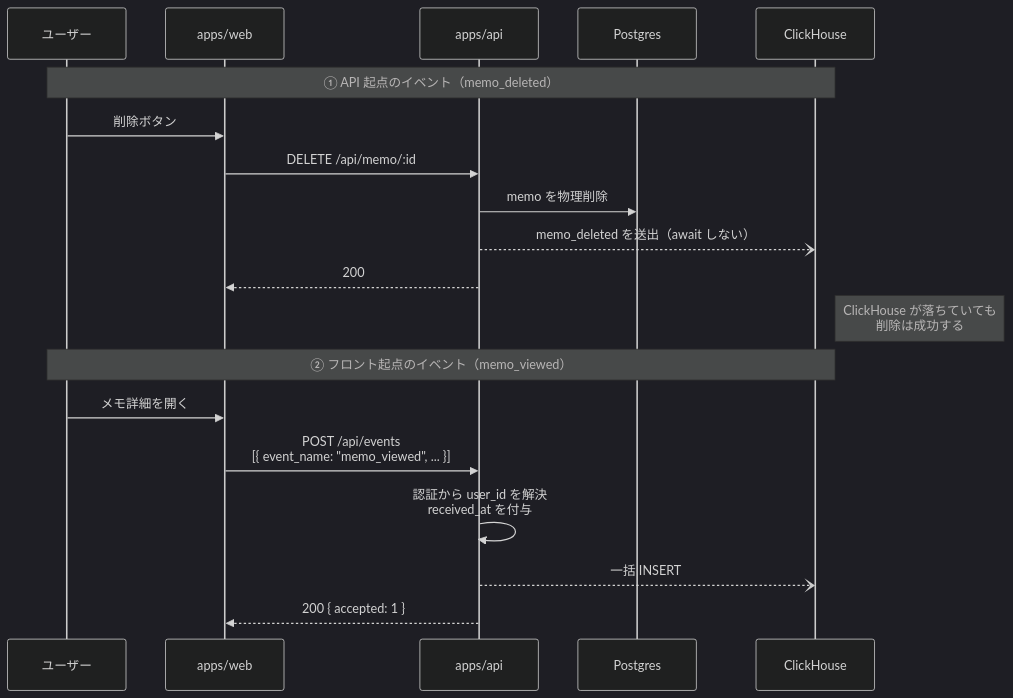
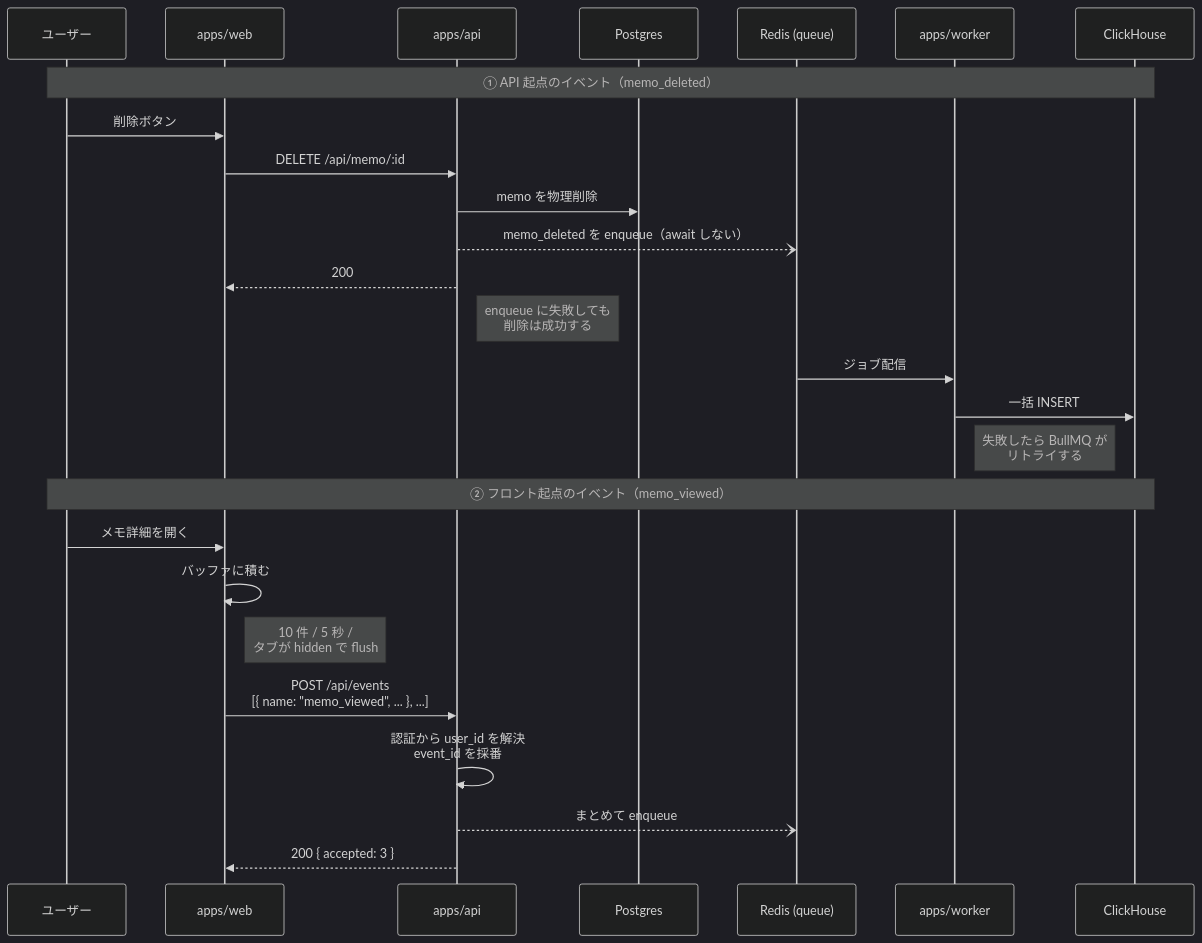
One commit to kentakki416/project-template changed the third of 3 diagrams in docs/spec/user-behavior-events/README.md. Above: the diagram before and after it, drawn with Mermaid (dark theme). The commit also changed other lines of this file and 7 other files, not shown here.

````diff
--- a/docs/spec/user-behavior-events/README.md
+++ b/docs/spec/user-behavior-events/README.md
@@ -218,23 +253,30 @@
 ```mermaid
 sequenceDiagram
     participant U as ユーザー
     participant W as apps/web
     participant A as apps/api
     participant P as Postgres
+    participant Q as Redis (queue)
+    participant K as apps/worker
     participant C as ClickHouse
 
     Note over U,C: ① API 起点のイベント（memo_deleted）
     U->>W: 削除ボタン
     W->>A: DELETE /api/memo/:id
     A->>P: memo を物理削除
-    A--)C: memo_deleted を送出（await しない）
+    A--)Q: memo_deleted を enqueue（await しない）
     A-->>W: 200
-    Note right of C: ClickHouse が落ちていても<br/>削除は成功する
+    Note right of A: enqueue に失敗しても<br/>削除は成功する
+    Q->>K: ジョブ配信
+    K->>C: 一括 INSERT
+    Note right of K: 失敗したら BullMQ が<br/>リトライする
 
     Note over U,C: ② フロント起点のイベント（memo_viewed）
     U->>W: メモ詳細を開く
-    W->>A: POST /api/events<br/>[{ event_name: "memo_viewed", ... }]
-    A->>A: 認証から user_id を解決<br/>received_at を付与
-    A--)C: 一括 INSERT
-    A-->>W: 200 { accepted: 1 }
+    W->>W: バッファに積む
+    Note right of W: 10 件 / 5 秒 /<br/>タブが hidden で flush
+    W->>A: POST /api/events<br/>[{ name: "memo_viewed", ... }, ...]
+    A->>A: 認証から user_id を解決<br/>event_id を採番
+    A--)Q: まとめて enqueue
+    A-->>W: 200 { accepted: 3 }
 ```
````
